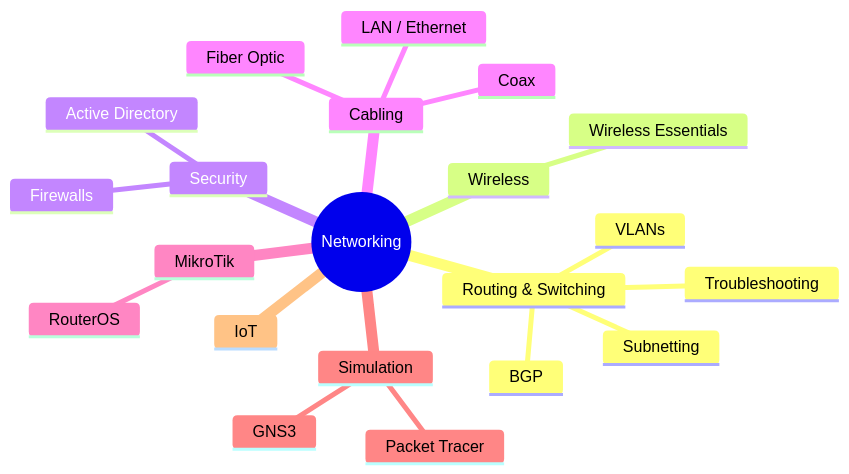
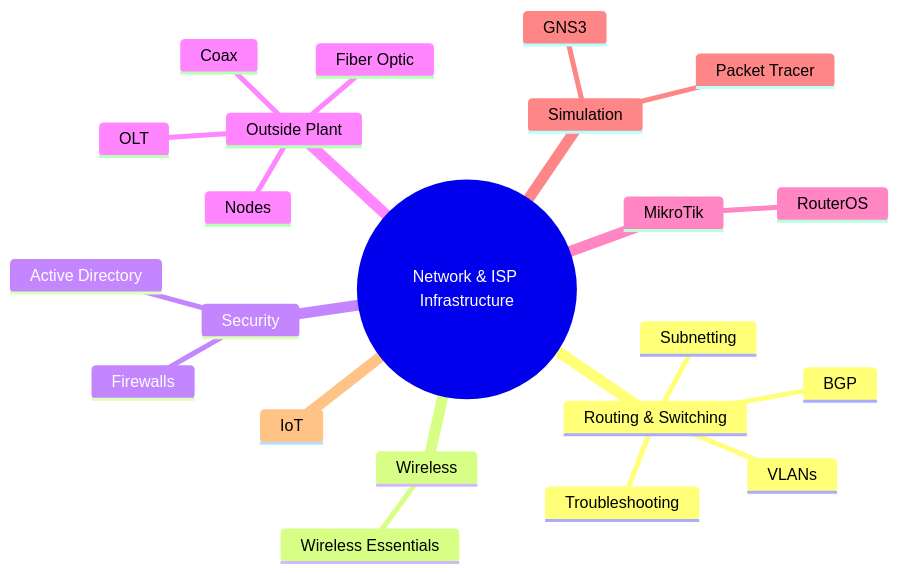
One commit to ErdrinPervizaj-EP/ErdrinPervizaj-EP changed the diagram in README.md. Above: the diagram before and after it, drawn with Mermaid. The commit also changed other lines of this file, not shown here.

Commit message:
Curate tech stack, add OLT/Nodes, broaden skill map root label

````diff
--- a/README.md
+++ b/README.md
@@ -43,24 +42,25 @@
 ```mermaid
 mindmap
-  root((Networking))
+  root((Network & ISP Infrastructure))
     Routing & Switching
       Subnetting
       VLANs
       BGP
       Troubleshooting
     Wireless
       Wireless Essentials
     Security
       Firewalls
       Active Directory
-    Cabling
+    Outside Plant
       Fiber Optic
+      OLT
       Coax
-      LAN / Ethernet
+      Nodes
     MikroTik
       RouterOS
     Simulation
       Packet Tracer
       GNS3
     IoT
 ```
````
